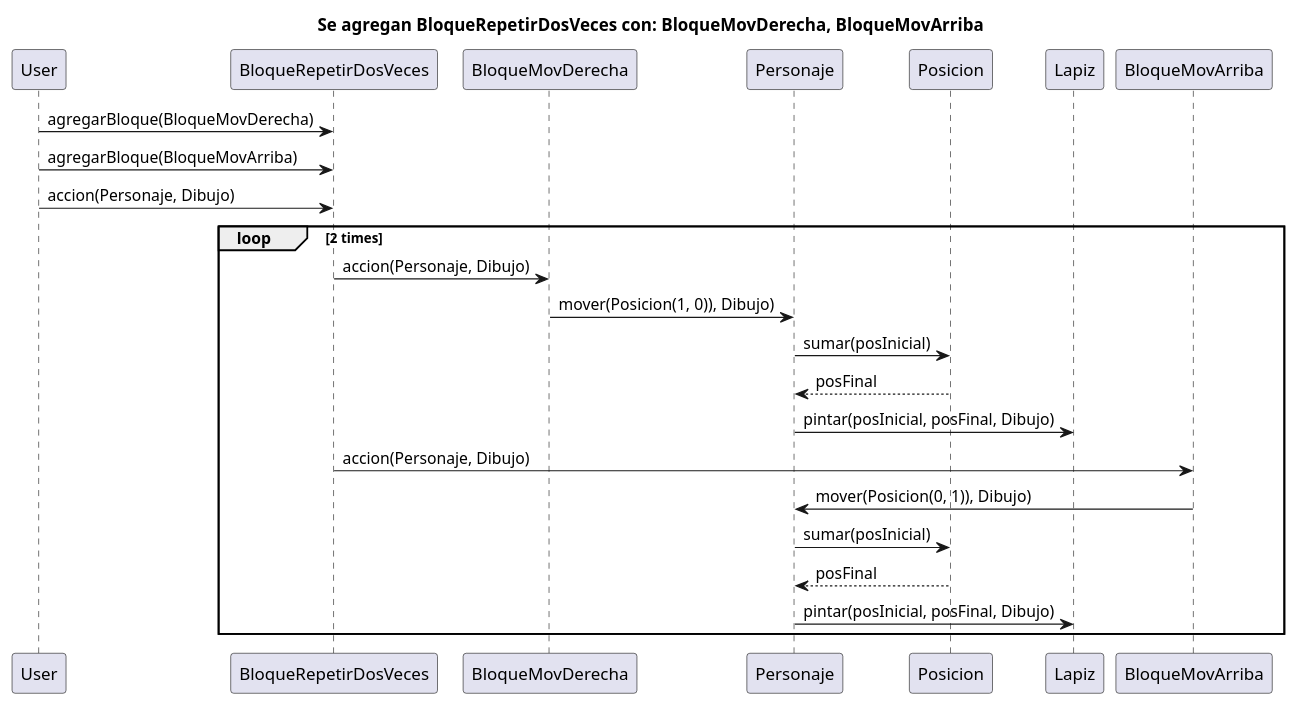
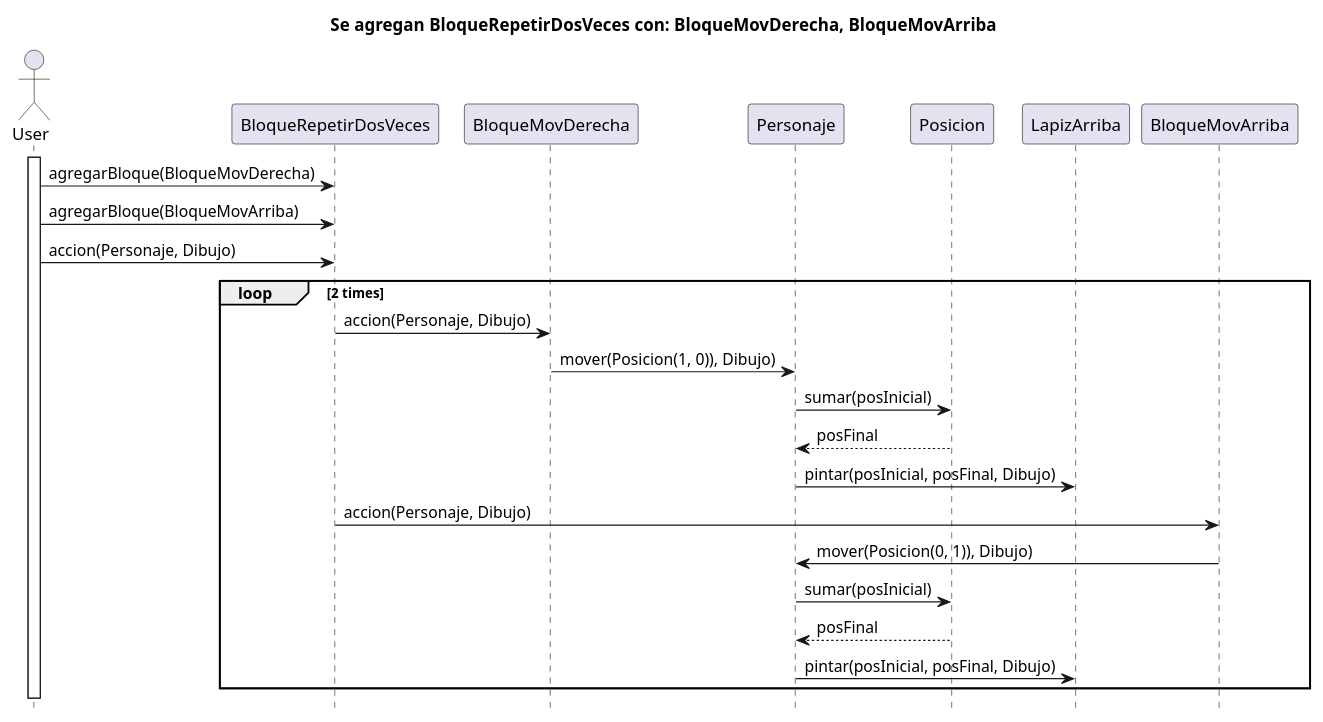
One commit to alopezbizon/T2-ALGO3-TP2 changed the diagram in src/main/java/edu/fiuba/algo3/diagrams/DiagramaDeSecuenciaBloqueRepetirDosVeces_ConMovDerechaYMovArriba.puml. Above: the diagram before and after it, drawn with PlantUML. The commit also changed 2 other files, not shown here.

Commit message:
Corrijo diagramas UML de secuencia.

```diff
--- a/src/main/java/edu/fiuba/algo3/diagrams/DiagramaDeSecuenciaBloqueRepetirDosVeces_ConMovDerechaYMovArriba.puml
+++ b/src/main/java/edu/fiuba/algo3/diagrams/DiagramaDeSecuenciaBloqueRepetirDosVeces_ConMovDerechaYMovArriba.puml
@@ -1,21 +1,28 @@
 @startuml
 title Se agregan BloqueRepetirDosVeces con: BloqueMovDerecha, BloqueMovArriba
+
+actor User
+activate User
 User -> BloqueRepetirDosVeces : agregarBloque(BloqueMovDerecha)
 User -> BloqueRepetirDosVeces : agregarBloque(BloqueMovArriba)
 
 User -> BloqueRepetirDosVeces : accion(Personaje, Dibujo)
 
 loop 2 times
 BloqueRepetirDosVeces -> BloqueMovDerecha : accion(Personaje, Dibujo)
 BloqueMovDerecha-> Personaje : mover(Posicion(1, 0)), Dibujo)
+
 Personaje -> Posicion : sumar(posInicial)
 Personaje<-- Posicion : posFinal
-Personaje -> Lapiz : pintar(posInicial, posFinal, Dibujo)
+Personaje -> LapizArriba : pintar(posInicial, posFinal, Dibujo)
 
 BloqueRepetirDosVeces -> BloqueMovArriba : accion(Personaje, Dibujo)
 BloqueMovArriba -> Personaje : mover(Posicion(0, 1)), Dibujo)
+
 Personaje -> Posicion : sumar(posInicial)
 Personaje<-- Posicion : posFinal
-Personaje -> Lapiz : pintar(posInicial, posFinal, Dibujo)
+Personaje -> LapizArriba : pintar(posInicial, posFinal, Dibujo)
 end
+
+hide footbox
 @enduml
```
